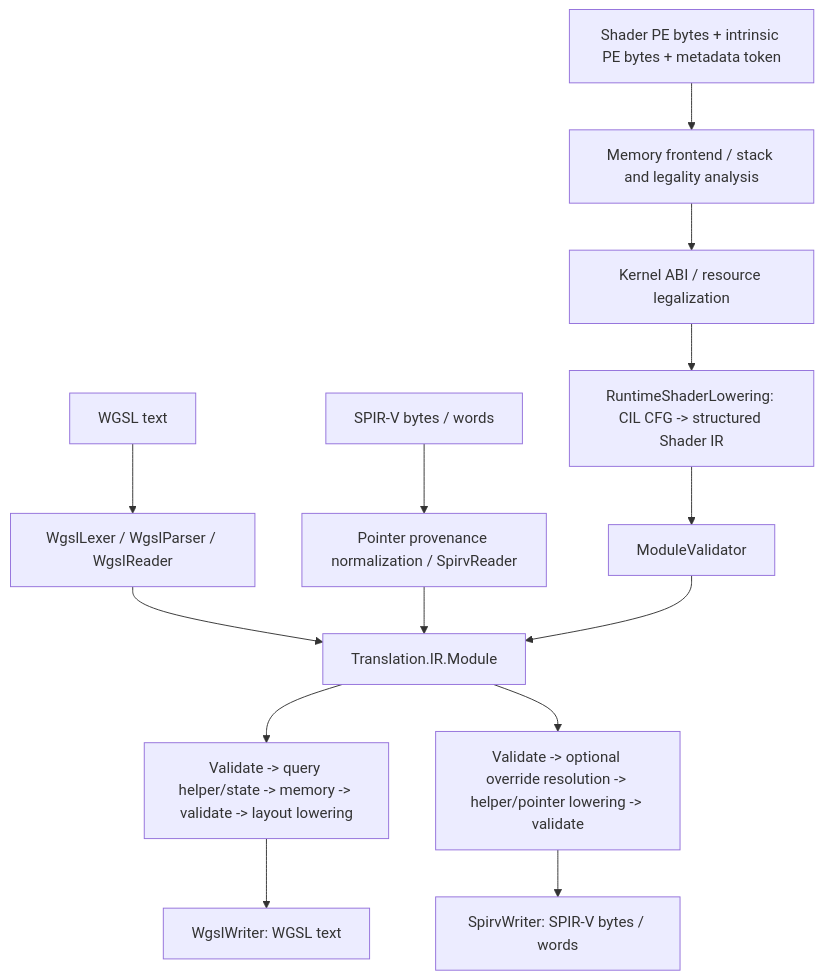
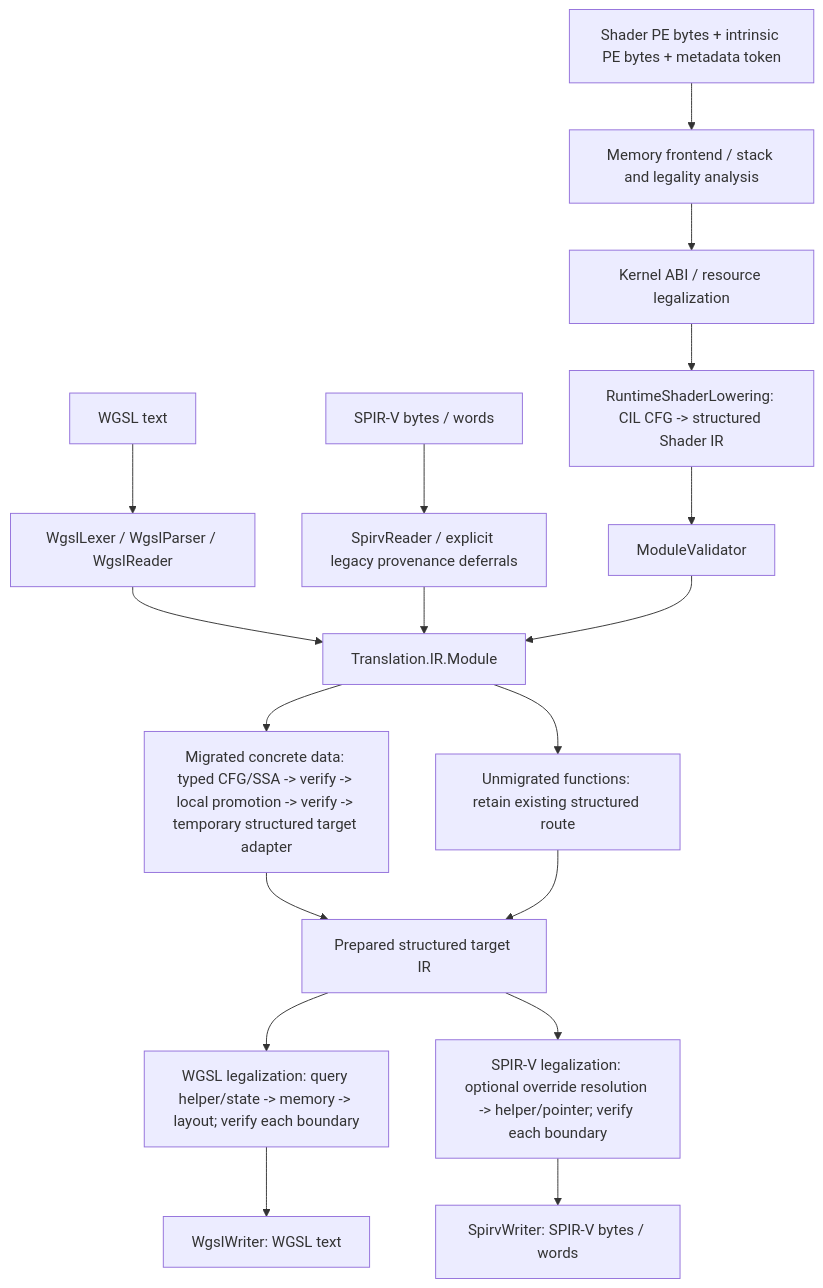
Before and after one commit to lunditoph-siago/Sia.Graphics: the fourth of 6 diagrams in docs/compiler-architecture.md, drawn with Mermaid. The commit also changed other lines of this file and 173 other files, not shown here.

First line of the commit message:
refactor shader compilation around canonical graphs and target legalization

````diff
--- a/docs/compiler-architecture.md
+++ b/docs/compiler-architecture.md
@@ -127,16 +209,20 @@
 ```mermaid
 flowchart TD
     IL["Shader PE bytes + intrinsic PE bytes + metadata token"] --> Front["Memory frontend / stack and legality analysis"]
     Front --> Legal["Kernel ABI / resource legalization"]
     Legal --> Lower["RuntimeShaderLowering: CIL CFG -> structured Shader IR"]
     Lower --> Validate["ModuleValidator"]
     WGSL["WGSL text"] --> WFront["WgslLexer / WgslParser / WgslReader"]
     WFront --> IR["Translation.IR.Module"]
-    SPV["SPIR-V bytes / words"] --> SFront["Pointer provenance normalization / SpirvReader"]
+    SPV["SPIR-V bytes / words"] --> SFront["SpirvReader / explicit legacy provenance deferrals"]
     SFront --> IR
     Validate --> IR
-    IR --> WBack["Validate -> query helper/state -> memory -> validate -> layout lowering"]
+    IR --> Canon["Migrated concrete data: typed CFG/SSA -> verify -> local promotion -> verify -> temporary structured target adapter"]
+    IR --> Deferred["Unmigrated functions: retain existing structured route"]
+    Canon --> Prepared["Prepared structured target IR"]
+    Deferred --> Prepared
+    Prepared --> WBack["WGSL legalization: query helper/state -> memory -> layout; verify each boundary"]
     WBack --> WOut["WgslWriter: WGSL text"]
-    IR --> SBack["Validate -> optional override resolution -> helper/pointer lowering -> validate"]
+    Prepared --> SBack["SPIR-V legalization: optional override resolution -> helper/pointer; verify each boundary"]
     SBack --> SOut["SpirvWriter: SPIR-V bytes / words"]
 ```
````
